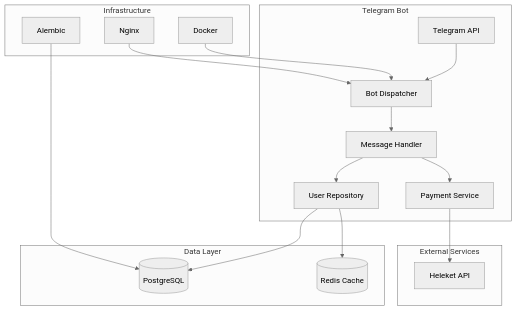
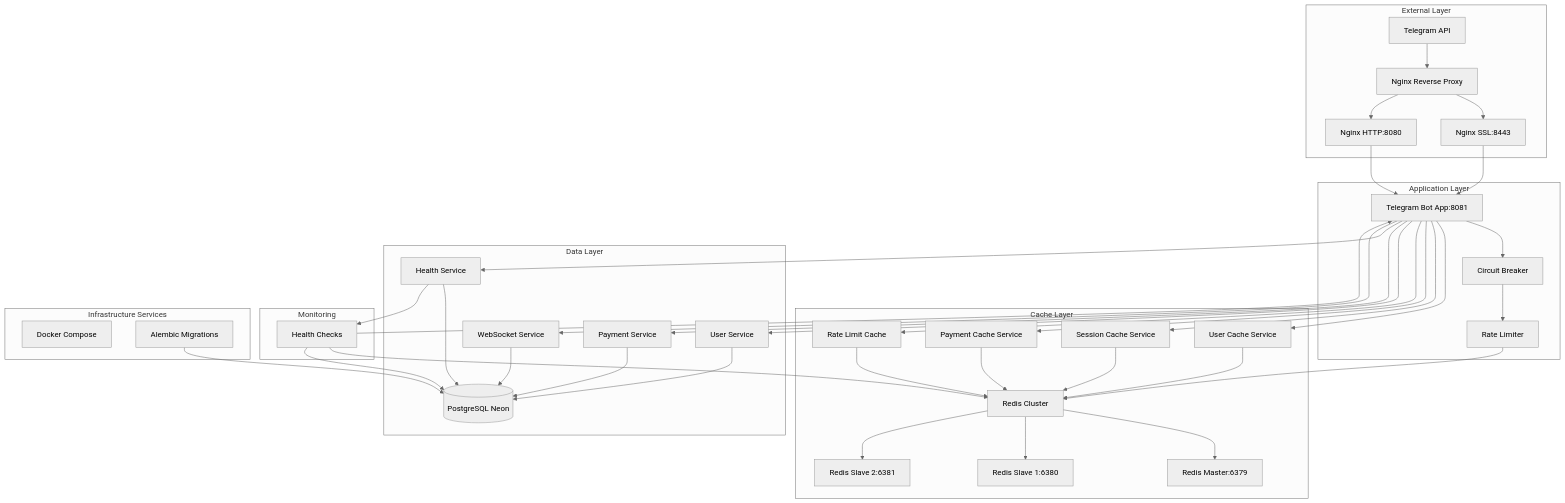
Before and after one commit to neKamita/Mirza-Telegram-Shop-Bot: the first of 3 diagrams in README.md, drawn with Mermaid (neutral theme). The commit also changed other lines of this file and 3 other files, not shown here.

````diff
--- a/README.md
+++ b/README.md
@@ -17,24 +21,57 @@
 ```mermaid
 graph TB
-    subgraph "Telegram Bot"
-        A[Telegram API] --> B[Bot Dispatcher]
-        B --> C[Message Handler]
-        C --> D[User Repository]
-        C --> E[Payment Service]
+    subgraph "External Layer"
+        TG[Telegram API] --> NG[Nginx Reverse Proxy]
+        NG --> NGINX_SSL[Nginx SSL:8443]
+        NG --> NGINX_HTTP[Nginx HTTP:8080]
+    end
+
+    subgraph "Application Layer"
+        NGINX_SSL --> APP[Telegram Bot App:8081]
+        NGINX_HTTP --> APP
+        APP --> CB[Circuit Breaker]
+        CB --> RL[Rate Limiter]
+    end
+
+    subgraph "Cache Layer"
+        RL --> RC[Redis Cluster]
+        RC --> RM[Redis Master:6379]
+        RC --> RS1[Redis Slave 1:6380]
+        RC --> RS2[Redis Slave 2:6381]
+
+        APP --> UC[User Cache Service]
+        APP --> SC[Session Cache Service]
+        APP --> PC[Payment Cache Service]
+        APP --> RLC[Rate Limit Cache]
+
+        UC --> RC
+        SC --> RC
+        PC --> RC
+        RLC --> RC
     end
 
     subgraph "Data Layer"
-        D --> F[(PostgreSQL)]
-        D --> G[(Redis Cache)]
+        APP --> US[User Service]
+        APP --> PS[Payment Service]
+        APP --> HS[Health Service]
+        APP --> WS[WebSocket Service]
+
+        US --> PG[(PostgreSQL Neon)]
+        PS --> PG
+        HS --> PG
+        WS --> PG
     end
 
-    subgraph "External Services"
-        E --> H[Heleket API]
+    subgraph "Monitoring"
+        HS --> HC[Health Checks]
+        HC --> APP
+        HC --> RC
+        HC --> PG
     end
 
-    subgraph "Infrastructure"
-        I[Alembic] --> F
-        J[Docker] --> B
-        K[Nginx] --> B
+    subgraph "Infrastructure Services"
+        DC[Docker Compose]
+        AL[Alembic Migrations]
+        AL --> PG
     end
 ```
````
